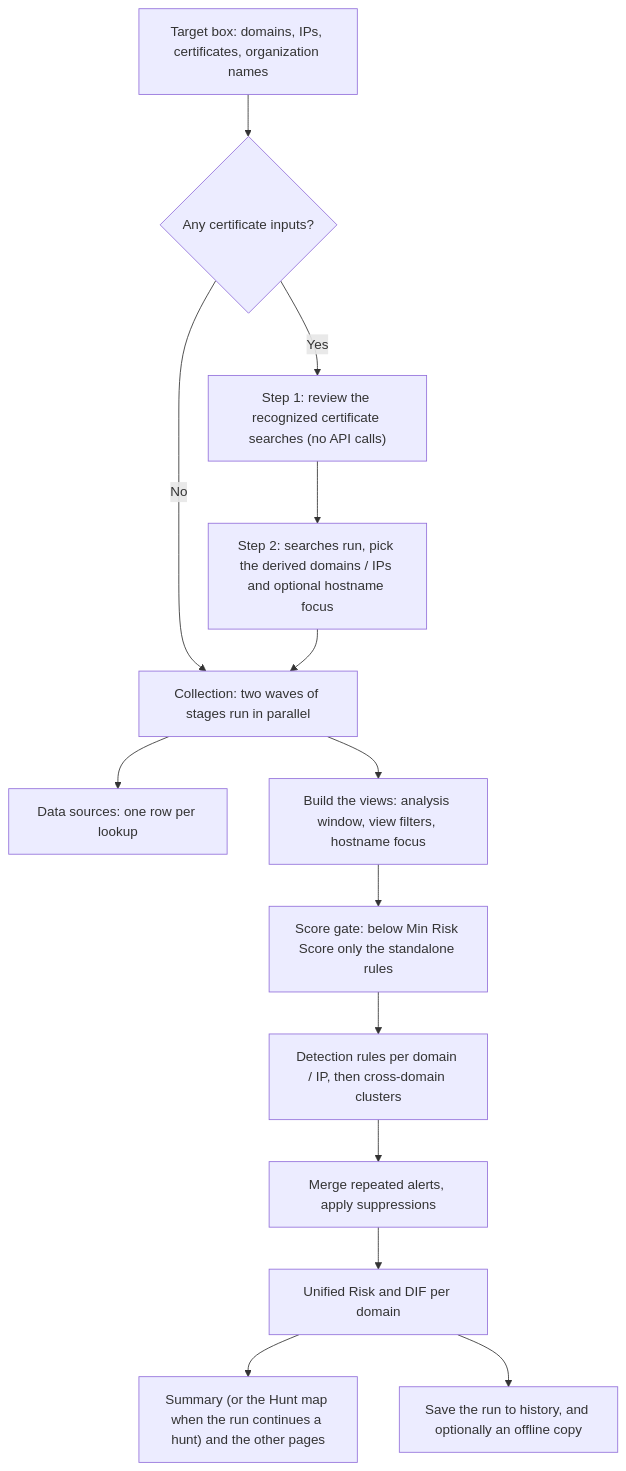
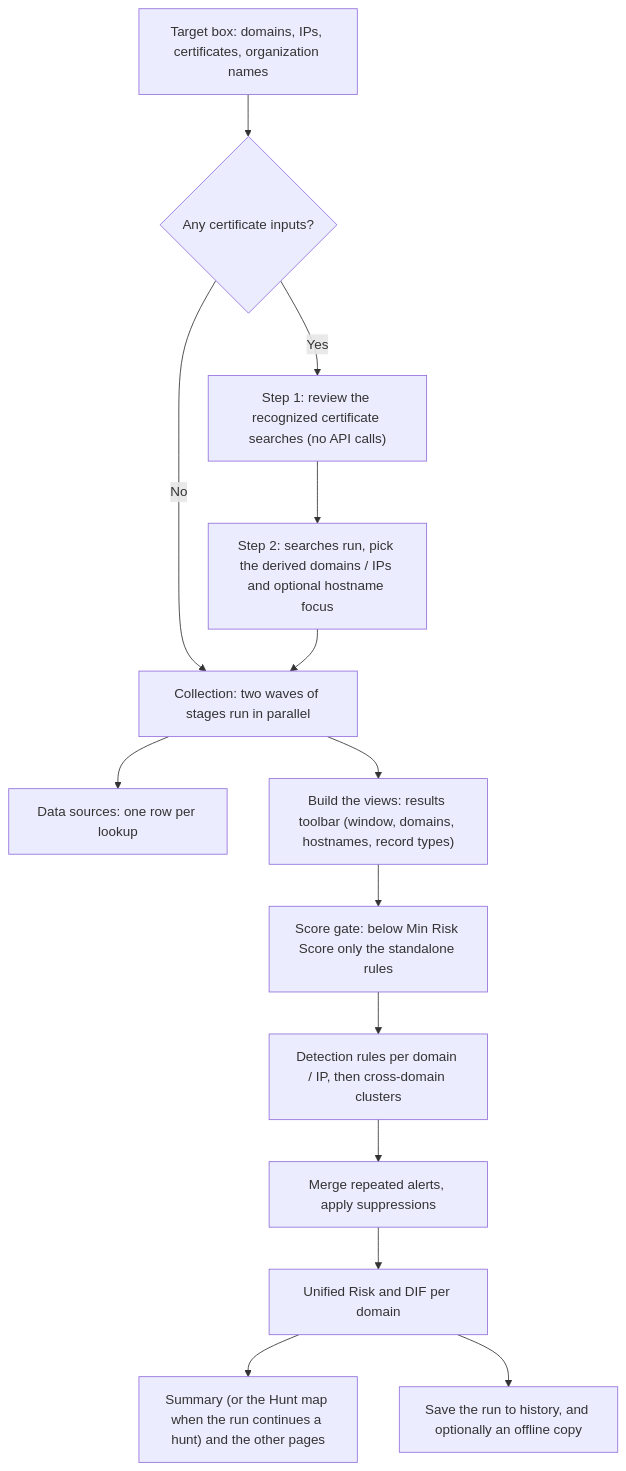
The first of 8 diagrams in docs/WORKFLOWS.md (mmesojedec/DomainTools_Analysis_Detection), drawn with Mermaid before and after one commit. The commit also changed other lines of this file and 44 other files, not shown here.

````diff
--- a/docs/WORKFLOWS.md
+++ b/docs/WORKFLOWS.md
@@ -26,16 +26,16 @@
 ```mermaid
 flowchart TD
     A["Target box: domains, IPs, certificates, organization names"] --> B{"Any certificate inputs?"}
     B -- "No" --> E
     B -- "Yes" --> C["Step 1: review the recognized certificate searches (no API calls)"]
     C --> D["Step 2: searches run, pick the derived domains / IPs and optional hostname focus"]
     D --> E["Collection: two waves of stages run in parallel"]
     E --> F["Data sources: one row per lookup"]
-    E --> G["Build the views: analysis window, view filters, hostname focus"]
+    E --> G["Build the views: results toolbar (window, domains, hostnames, record types)"]
     G --> H["Score gate: below Min Risk Score only the standalone rules"]
     H --> I["Detection rules per domain / IP, then cross-domain clusters"]
     I --> J["Merge repeated alerts, apply suppressions"]
     J --> K["Unified Risk and DIF per domain"]
     K --> L["Summary (or the Hunt map when the run continues a hunt) and the other pages"]
     K --> M["Save the run to history, and optionally an offline copy"]
 ```
````
